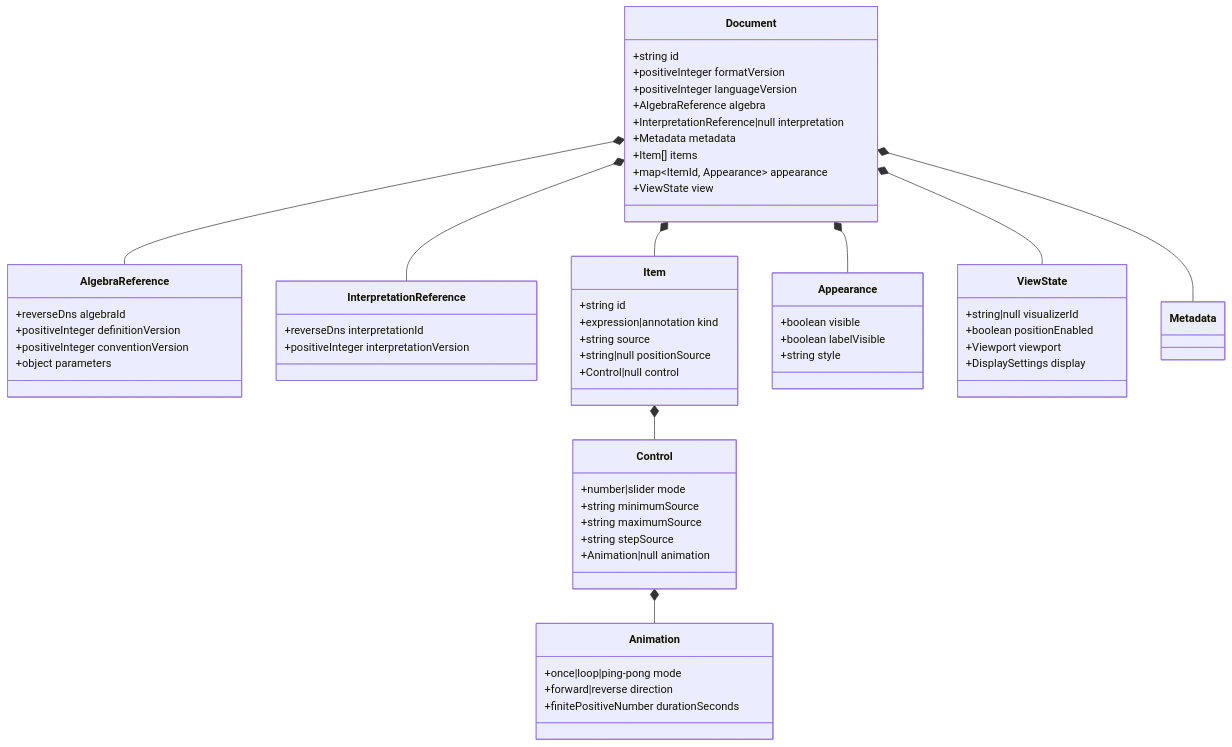
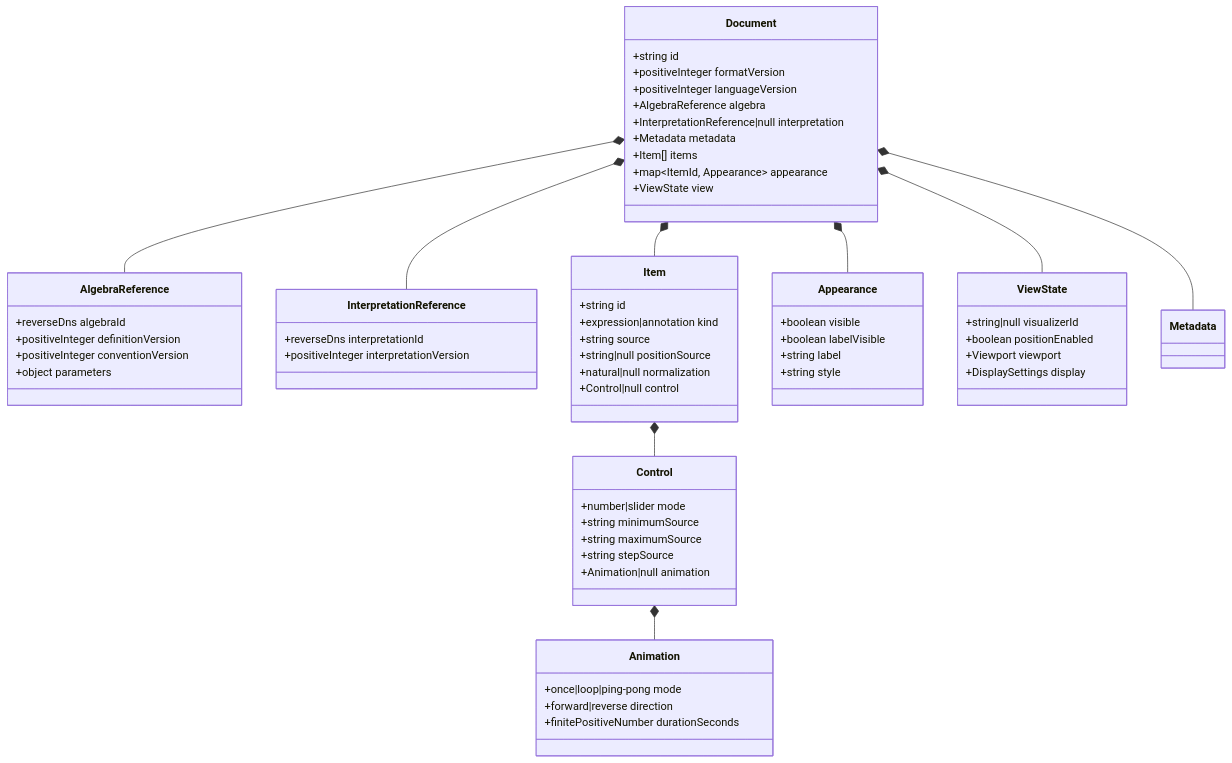
One commit to eharquin/multivector changed the first of 2 diagrams in docs/specifications/document-format.md. Above: the diagram before and after it, drawn with Mermaid. The commit also changed other lines of this file and 20 other files, not shown here.

````diff
--- a/docs/specifications/document-format.md
+++ b/docs/specifications/document-format.md
@@ -36,62 +56,64 @@
 ```mermaid
 classDiagram
     class Document {
       +string id
       +positiveInteger formatVersion
       +positiveInteger languageVersion
       +AlgebraReference algebra
       +InterpretationReference|null interpretation
       +Metadata metadata
       +Item[] items
       +map~ItemId, Appearance~ appearance
       +ViewState view
     }
     class AlgebraReference {
       +reverseDns algebraId
       +positiveInteger definitionVersion
       +positiveInteger conventionVersion
       +object parameters
     }
     class InterpretationReference {
       +reverseDns interpretationId
       +positiveInteger interpretationVersion
     }
     class Item {
       +string id
       +expression|annotation kind
       +string source
       +string|null positionSource
+      +natural|null normalization
       +Control|null control
     }
     class Control {
       +number|slider mode
       +string minimumSource
       +string maximumSource
       +string stepSource
       +Animation|null animation
     }
     class Animation {
       +once|loop|ping-pong mode
       +forward|reverse direction
       +finitePositiveNumber durationSeconds
     }
     class Appearance {
       +boolean visible
       +boolean labelVisible
+      +string label
       +string style
     }
     class ViewState {
       +string|null visualizerId
       +boolean positionEnabled
       +Viewport viewport
       +DisplaySettings display
     }
     Document *-- AlgebraReference
     Document *-- InterpretationReference
     Document *-- Metadata
     Document *-- Item
     Document *-- Appearance
     Document *-- ViewState
     Item *-- Control
     Control *-- Animation
 ```
````
